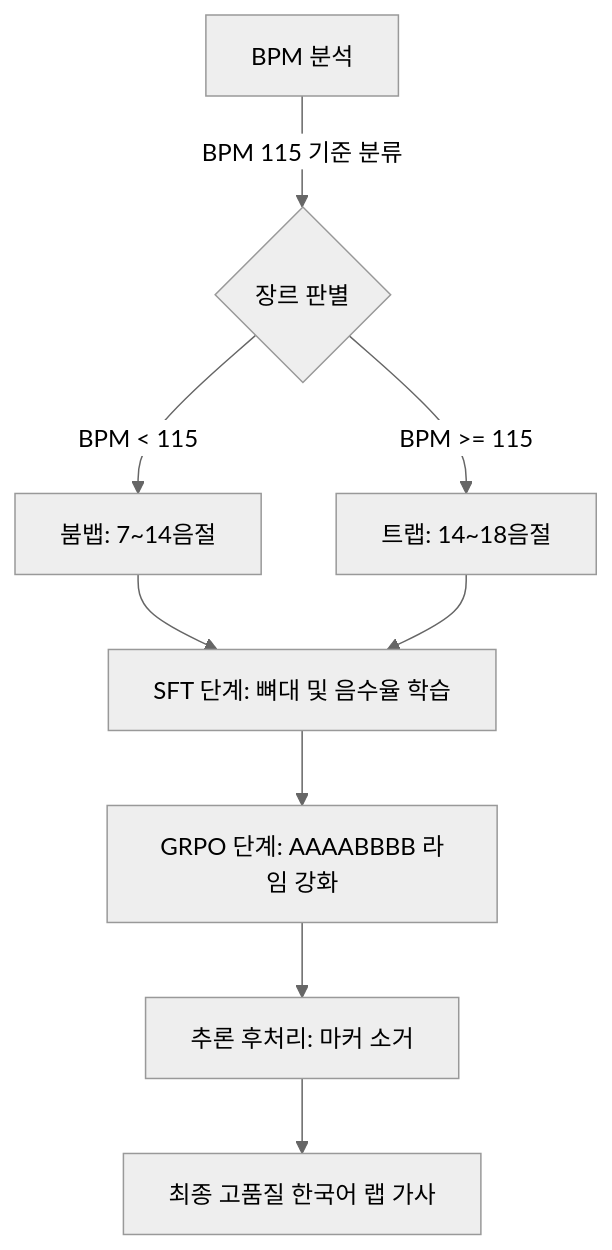
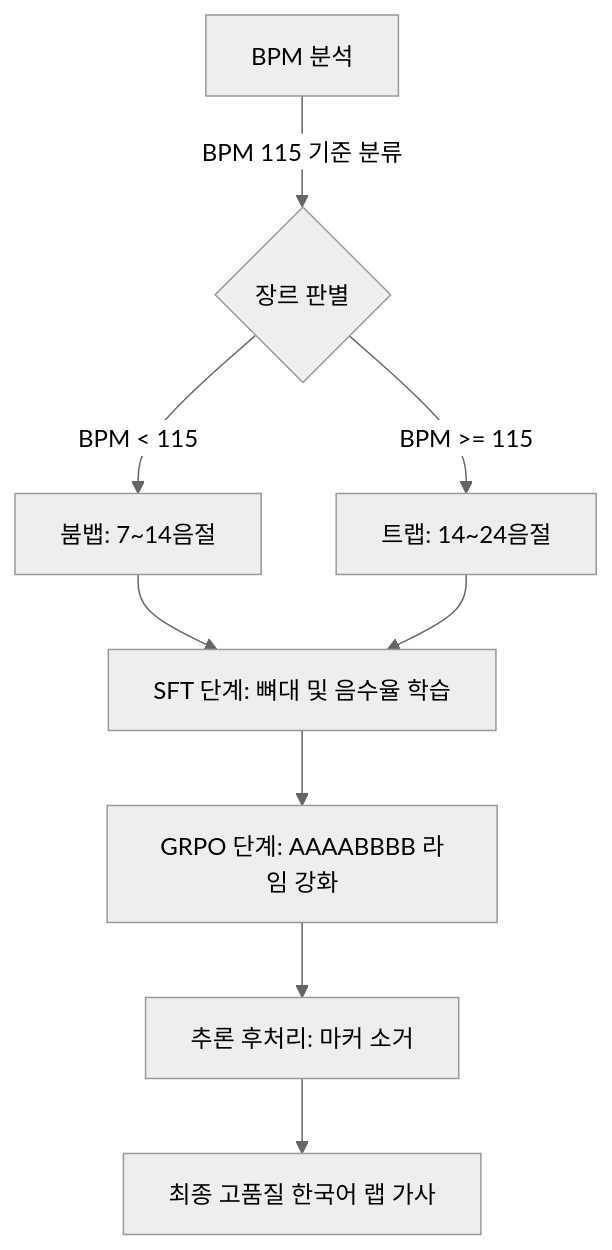
The diagram in docs/hiphop-beat-and-rap-lyrics.md (hnuu785/PMTM), drawn with Mermaid (neutral theme) before and after one commit. The commit also changed other lines of this file and 8 other files, not shown here.

````diff
--- a/docs/hiphop-beat-and-rap-lyrics.md
+++ b/docs/hiphop-beat-and-rap-lyrics.md
@@ -75,10 +75,10 @@
 ```mermaid
 graph TD
     A[BPM 분석] -->|BPM 115 기준 분류| B{장르 판별}
     B -->|BPM < 115| C[붐뱁: 7~14음절]
-    B -->|BPM >= 115| D[트랩: 14~18음절]
+    B -->|BPM >= 115| D[트랩: 14~24음절]
     C & D --> E[SFT 단계: 뼈대 및 음수율 학습]
     E --> F[GRPO 단계: AAAABBBB 라임 강화]
     F --> G[추론 후처리: 마커 소거]
     G --> H[최종 고품질 한국어 랩 가사]
 ```
````
